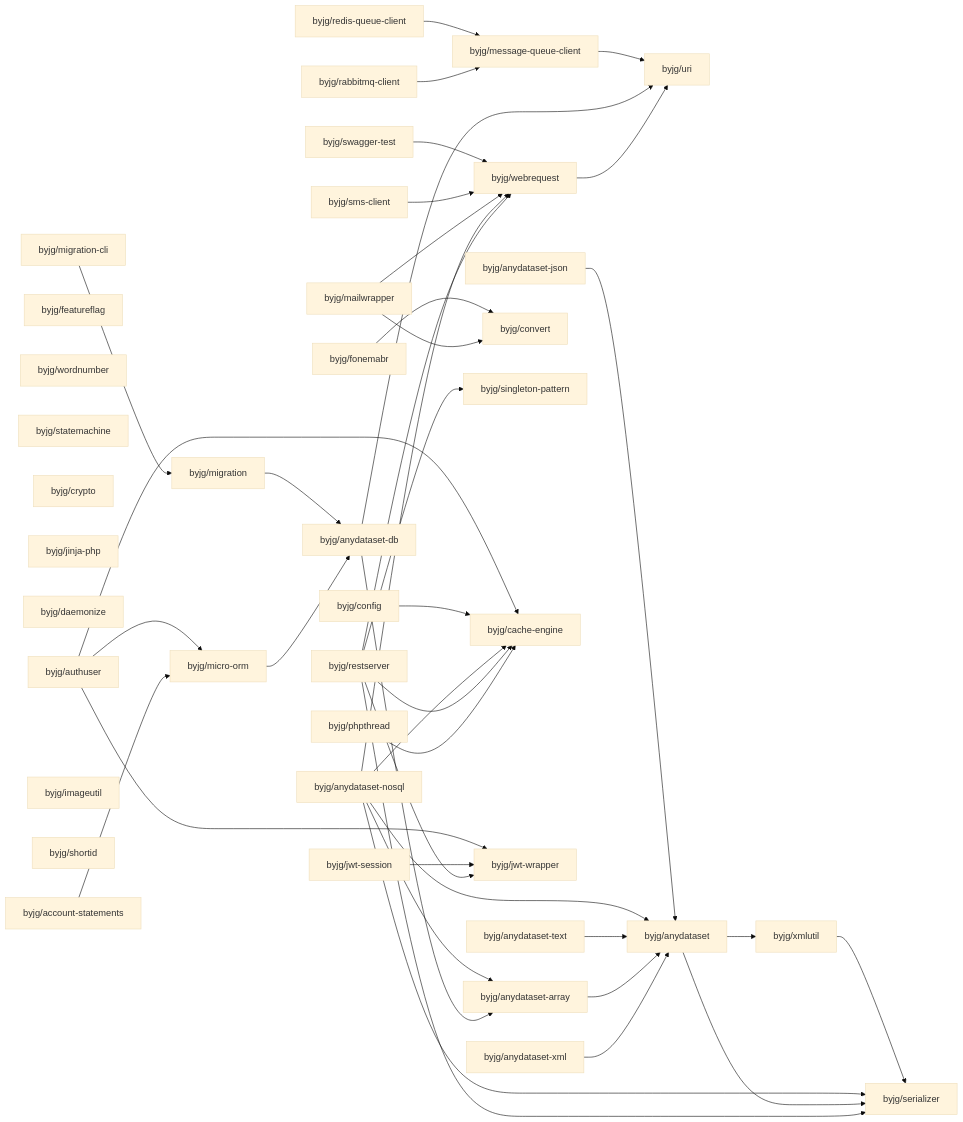
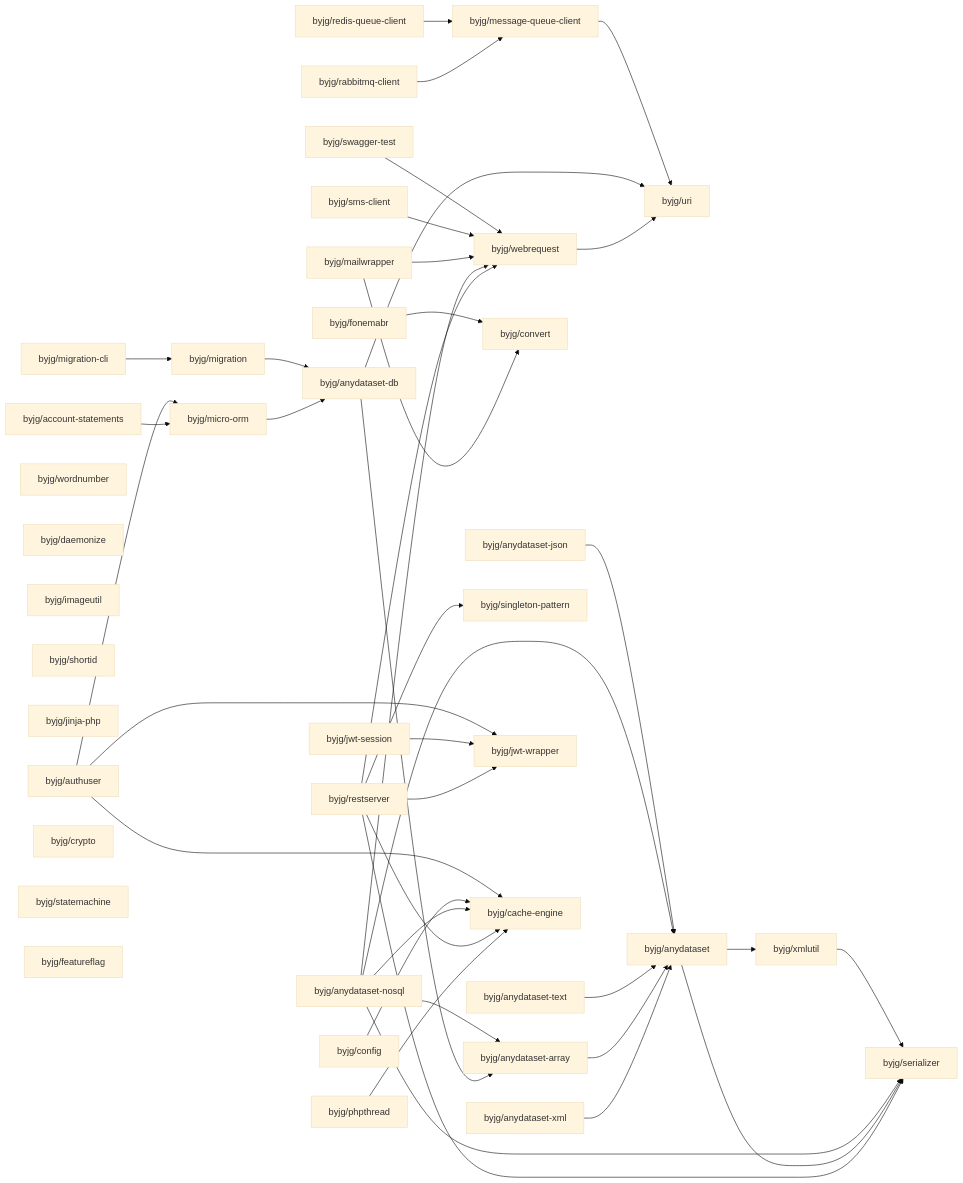
The diagram in docs/php/README.md (byjg/byjg.github.io), drawn with Mermaid (base theme) before and after one commit. The commit also changed other lines of this file, not shown here.

Commit message:
Update documentation 'php' 'php-cache-engine'

````diff
--- a/docs/php/README.md
+++ b/docs/php/README.md
@@ -3,80 +3,80 @@
 ```mermaid
 graph LR;
+  byjg/migration-cli;
+  byjg/account-statements;
+  byjg/wordnumber;
+  byjg/jwt-session;
+  byjg/anydataset-json;
+  byjg/redis-queue-client;
+  byjg/anydataset-text;
+  byjg/daemonize;
+  byjg/mailwrapper;
+  byjg/swagger-test;
+  byjg/imageutil;
+  byjg/phpthread;
+  byjg/fonemabr;
+  byjg/anydataset-nosql;
+  byjg/shortid;
+  byjg/jinja-php;
+  byjg/anydataset-xml;
   byjg/authuser;
+  byjg/sms-client;
+  byjg/rabbitmq-client;
+  byjg/restserver;
+  byjg/config;
+  byjg/crypto;
+  byjg/statemachine;
   byjg/featureflag;
-  byjg/anydataset-nosql;
-  byjg/wordnumber;
-  byjg/phpthread;
-  byjg/statemachine;
-  byjg/fonemabr;
-  byjg/crypto;
-  byjg/redis-queue-client;
-  byjg/jwt-session;
-  byjg/rabbitmq-client;
-  byjg/jinja-php;
-  byjg/sms-client;
-  byjg/daemonize;
-  byjg/migration-cli;
-  byjg/imageutil;
-  byjg/anydataset-json;
-  byjg/config;
-  byjg/shortid;
-  byjg/mailwrapper;
-  byjg/restserver;
-  byjg/anydataset-text;
-  byjg/swagger-test;
-  byjg/account-statements;
-  byjg/anydataset-xml;
-  byjg/message-queue-client;
   byjg/migration;
   byjg/convert;
+  byjg/micro-orm;
+  byjg/message-queue-client;
   byjg/singleton-pattern;
+  byjg/webrequest;
+  byjg/jwt-wrapper;
   byjg/cache-engine;
-  byjg/jwt-wrapper;
-  byjg/webrequest;
-  byjg/micro-orm;
   byjg/anydataset-db;
   byjg/anydataset-array;
   byjg/uri;
   byjg/anydataset;
   byjg/xmlutil;
   byjg/serializer;
   byjg/migration --> byjg/anydataset-db;
   byjg/fonemabr --> byjg/convert;
   byjg/swagger-test --> byjg/webrequest;
   byjg/authuser --> byjg/micro-orm;
   byjg/authuser --> byjg/cache-engine;
   byjg/authuser --> byjg/jwt-wrapper;
   byjg/config --> byjg/cache-engine;
   byjg/message-queue-client --> byjg/uri;
   byjg/sms-client --> byjg/webrequest;
   byjg/xmlutil --> byjg/serializer;
   byjg/anydataset-json --> byjg/anydataset;
   byjg/mailwrapper --> byjg/convert;
   byjg/mailwrapper --> byjg/webrequest;
   byjg/anydataset-nosql --> byjg/anydataset;
   byjg/anydataset-nosql --> byjg/anydataset-array;
   byjg/anydataset-nosql --> byjg/serializer;
   byjg/anydataset-nosql --> byjg/webrequest;
   byjg/anydataset-nosql --> byjg/cache-engine;
   byjg/migration-cli --> byjg/migration;
   byjg/redis-queue-client --> byjg/message-queue-client;
   byjg/jwt-session --> byjg/jwt-wrapper;
   byjg/anydataset --> byjg/serializer;
   byjg/anydataset --> byjg/xmlutil;
   byjg/anydataset-db --> byjg/anydataset-array;
   byjg/anydataset-db --> byjg/uri;
   byjg/anydataset-text --> byjg/anydataset;
   byjg/restserver --> byjg/serializer;
   byjg/restserver --> byjg/singleton-pattern;
   byjg/restserver --> byjg/cache-engine;
   byjg/restserver --> byjg/webrequest;
   byjg/restserver --> byjg/jwt-wrapper;
   byjg/account-statements --> byjg/micro-orm;
   byjg/webrequest --> byjg/uri;
   byjg/micro-orm --> byjg/anydataset-db;
   byjg/anydataset-array --> byjg/anydataset;
   byjg/anydataset-xml --> byjg/anydataset;
   byjg/phpthread --> byjg/cache-engine;
   byjg/rabbitmq-client --> byjg/message-queue-client;
 ```
````
